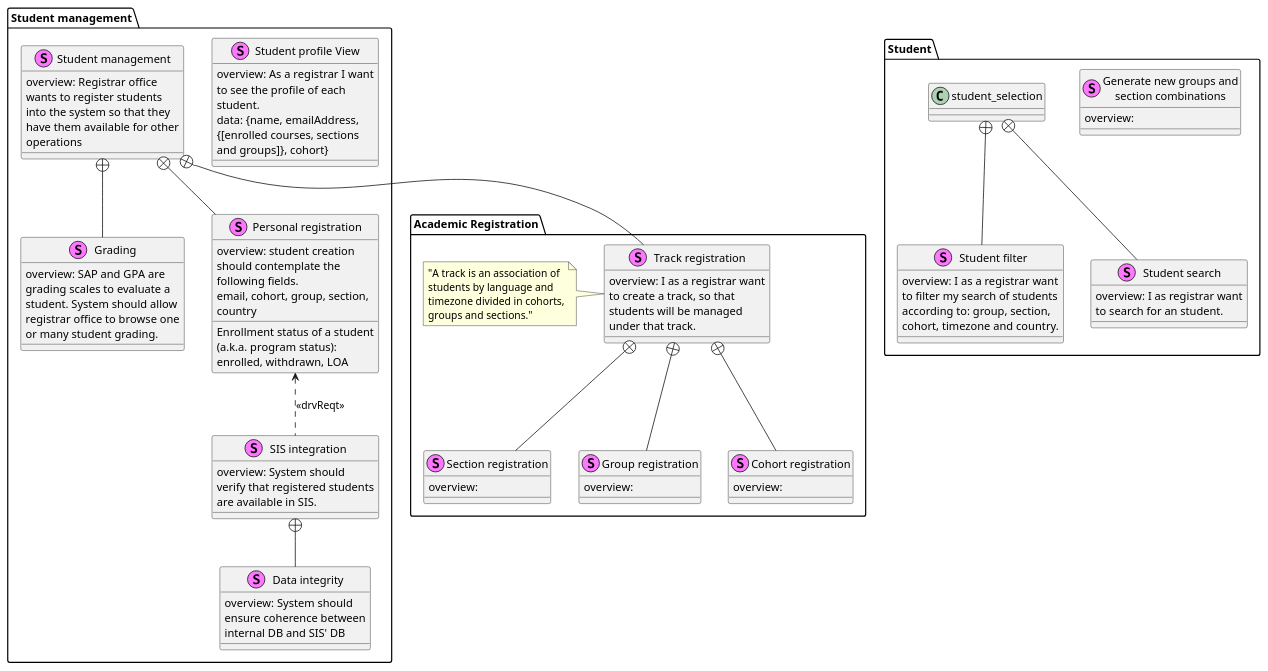
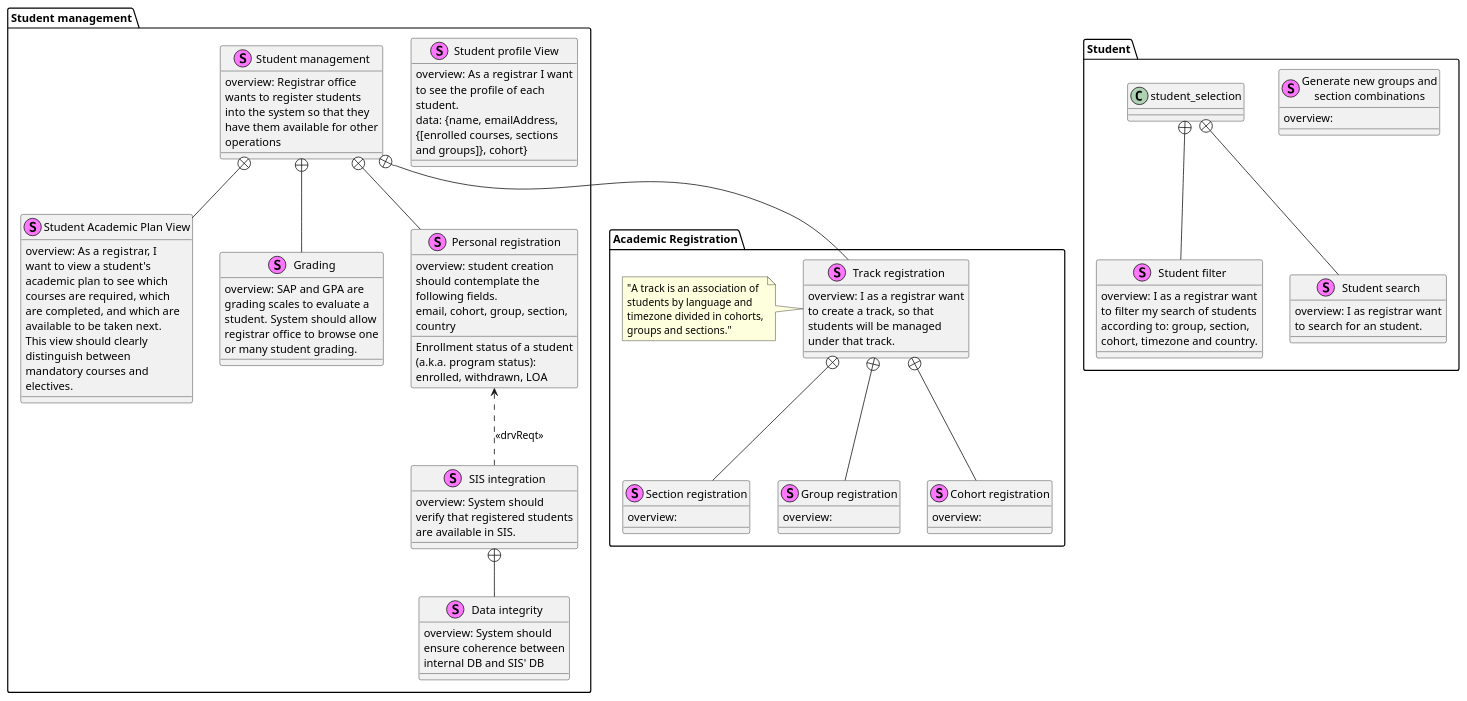
One commit to zrock-dev-backup/kawsay changed the diagram in resources/requirements-diagram/student-management.puml. Above: the diagram before and after it, drawn with PlantUML. The commit also changed other lines of this file and 5 other files, not shown here.

```diff
--- a/resources/requirements-diagram/student-management.puml
+++ b/resources/requirements-diagram/student-management.puml
@@ -1,76 +1,80 @@
 @startuml
 skinparam wrapwidth 200
 skinparam defaultFontName Helvetica
 
 skinparam class {
     BackgroundColor<<Requirement>> Beige
 }
 
 package "Student" {
     stereotype "Generate new groups and section combinations" {
         {field} overview:
     }
     stereotype "Student filter" AS student_filter{
         {field} overview: I as a registrar want to filter my search of students according to: group, section, cohort, timezone and country.
     }
     stereotype "Student search" AS student_search {
         {field} overview: I as registrar want to search for an student.
     }
 	student_selection +-- student_search
 	student_selection +-- student_filter
 }
 
 package "Academic Registration" {
     stereotype "Section registration" AS reg_section {
         {field} overview:
     }
     stereotype "Group registration" AS reg_group {
         {field} overview:
     }
     stereotype "Cohort registration" AS reg_cohort {
         {field} overview:
     }
     stereotype "Track registration" AS reg_track {
         {field} overview: I as a registrar want to create a track, so that students will be managed under that track.
 		'{field} Track creation involves selecting cohorts.
 		'{field} Cohort creation involves selecting groups, groups are composed by sections.
     }
 	reg_track +-- reg_group
 	reg_track +-- reg_section
 	reg_track +-- reg_cohort
 	NOTE LEFT OF reg_track
 		"A track is an association of students by language and timezone divided in cohorts, groups and sections."
 	END NOTE
 }
 
 package "Student management" AS pck_student_mgmt{
     stereotype "Student profile View" {
         {field} overview: As a registrar I want to see the profile of each student.
         {field} data: {name, emailAddress, {[enrolled courses, sections and groups]}, cohort}
     }
+    stereotype "Student Academic Plan View" AS stu_plan_view {
+        {field} overview: As a registrar, I want to view a student's academic plan to see which courses are required, which are completed, and which are available to be taken next. This view should clearly distinguish between mandatory courses and electives.
+    }
     stereotype "Grading" AS grading {
         {field} overview: SAP and GPA are grading scales to evaluate a student. System should allow registrar office to browse one or many student grading.
     }
     stereotype "Data integrity" AS sis_integrity {
         {field} overview: System should ensure coherence between internal DB and SIS' DB
     }
     stereotype "SIS integration" as sis {
         {field} overview: System should verify that registered students are available in SIS.
     }
     sis +-- sis_integrity
     stereotype "Personal registration" AS stu_c{
         {field} overview: student creation should contemplate the following fields.
         Enrollment status of a student (a.k.a. program status): enrolled, withdrawn, LOA
         email, cohort, group, section, country
     }
     stu_c <.. sis: <<drvReqt>>
     stereotype "Student management" AS stu_mgmt{
     ' CRUD operations with students.
         {field} overview: Registrar office wants to register students into the system so that they have them available for other operations
     }
     stu_mgmt +-- grading
     stu_mgmt +-- stu_c
 	stu_mgmt +-- reg_track
+    stu_mgmt +-- stu_plan_view
 }
 
 @enduml
```
